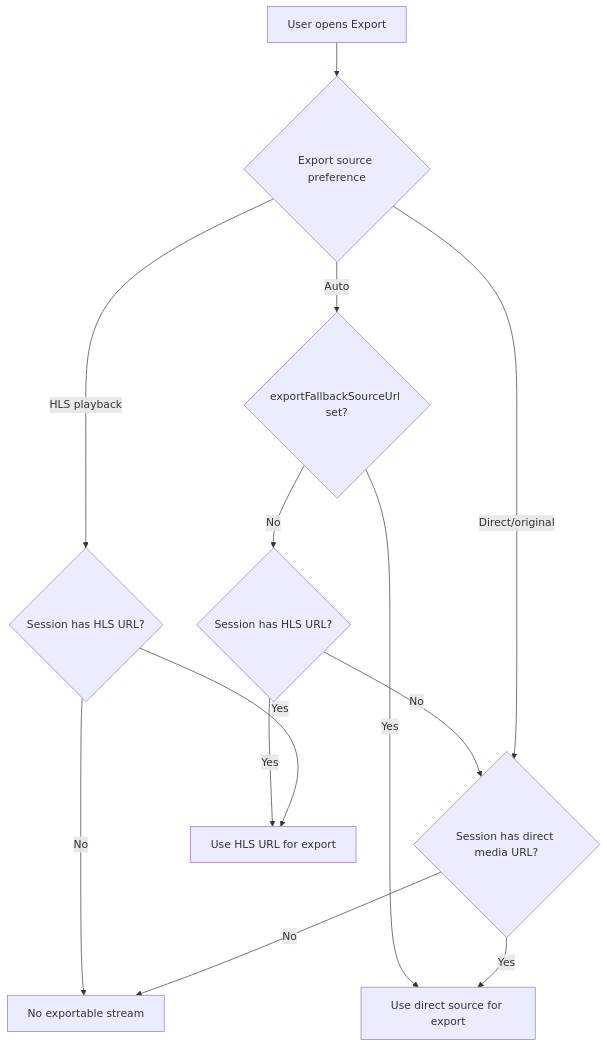
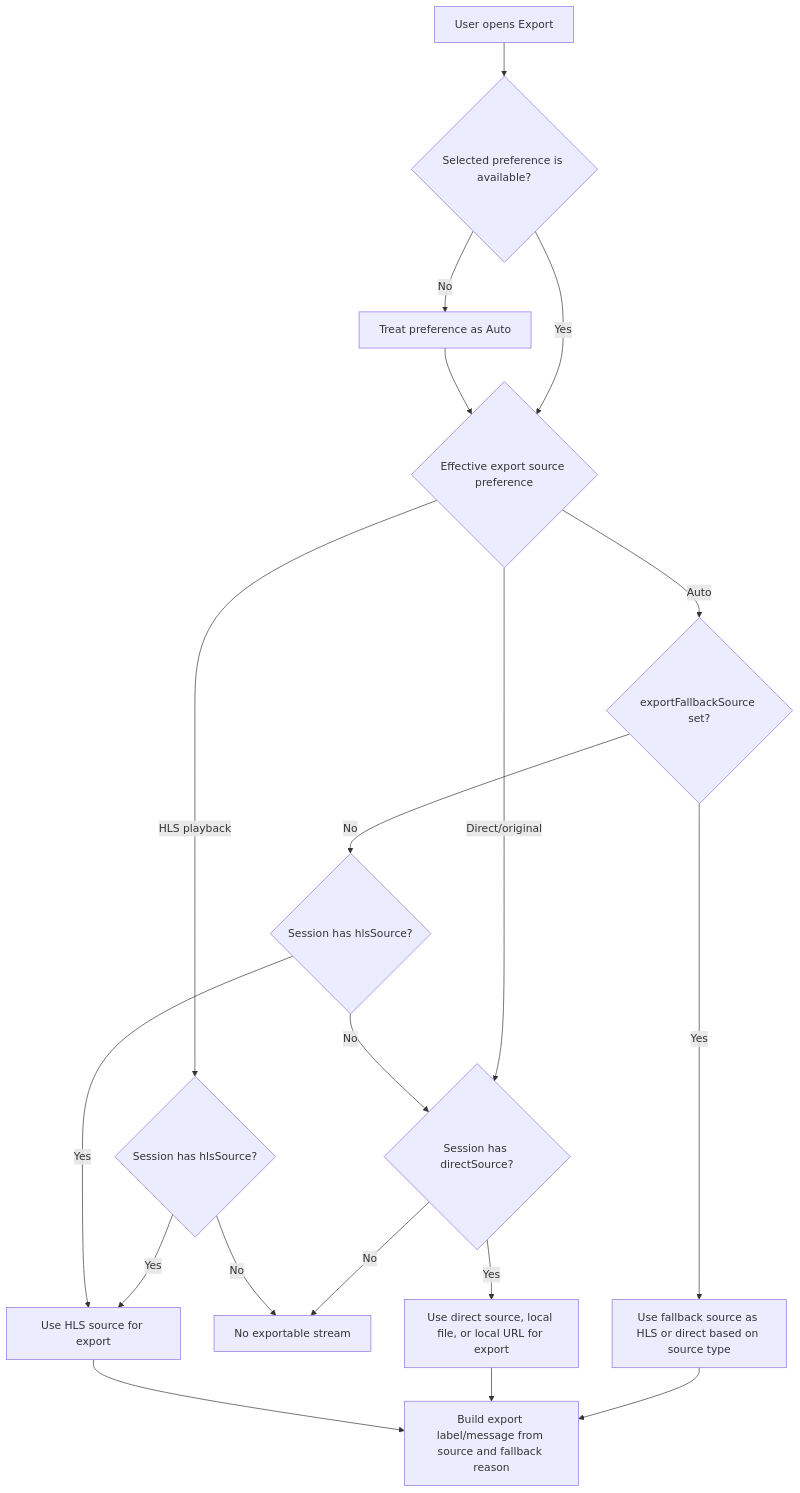
Before and after one commit to TechSquidTV/Cliparr: the seventh of 13 diagrams in DIAGRAMS.md, drawn with Mermaid. The commit also changed other lines of this file, not shown here.

First line of the commit message:
docs(cliparr): update workflow diagrams (#106)

````diff
--- a/DIAGRAMS.md
+++ b/DIAGRAMS.md
@@ -163,17 +198,23 @@
 ```mermaid
 flowchart TD
-    A["User opens Export"] --> B{"Export source preference"}
-    B -- "Direct/original" --> C{"Session has direct media URL?"}
-    C -- "Yes" --> D["Use direct source for export"]
+    A["User opens Export"] --> A1{"Selected preference is available?"}
+    A1 -- "No" --> A2["Treat preference as Auto"]
+    A1 -- "Yes" --> B{"Effective export source preference"}
+    A2 --> B
+    B -- "Direct/original" --> C{"Session has directSource?"}
+    C -- "Yes" --> D["Use direct source, local file, or local URL for export"]
     C -- "No" --> E["No exportable stream"]
 
-    B -- "HLS playback" --> F{"Session has HLS URL?"}
-    F -- "Yes" --> G["Use HLS URL for export"]
+    B -- "HLS playback" --> F{"Session has hlsSource?"}
+    F -- "Yes" --> G["Use HLS source for export"]
     F -- "No" --> E
 
-    B -- "Auto" --> H{"exportFallbackSourceUrl set?"}
-    H -- "Yes" --> D
-    H -- "No" --> I{"Session has HLS URL?"}
+    B -- "Auto" --> H{"exportFallbackSource set?"}
+    H -- "Yes" --> H1["Use fallback source as HLS or direct based on source type"]
+    H -- "No" --> I{"Session has hlsSource?"}
     I -- "Yes" --> G
     I -- "No" --> C
+    H1 --> J["Build export label/message from source and fallback reason"]
+    D --> J
+    G --> J
 ```
````
